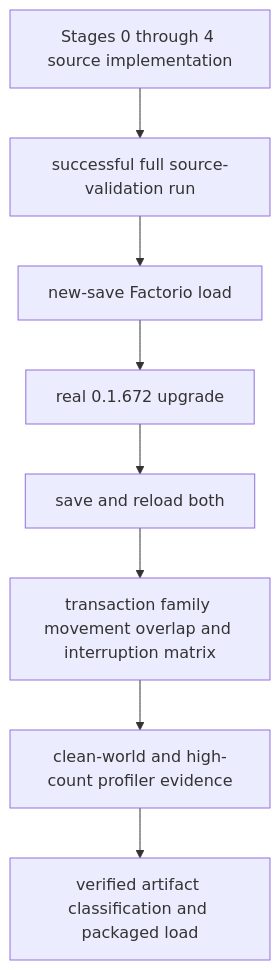
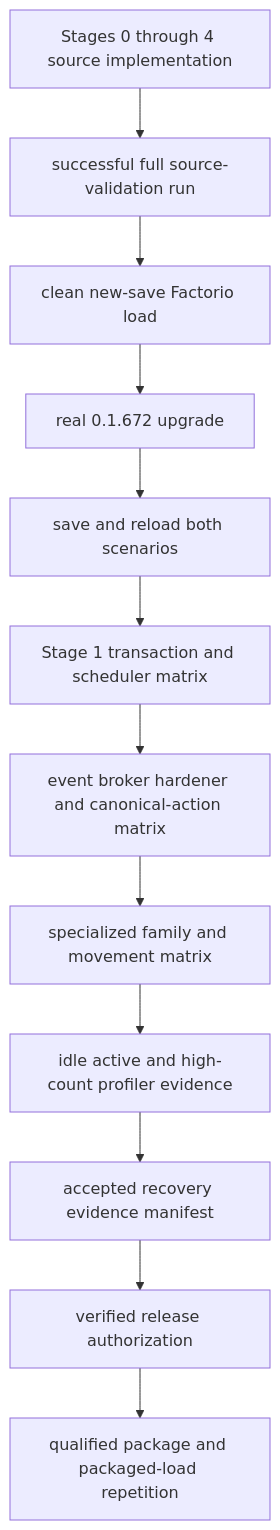
Diagram 14 of 15 in docs/RECOVERY_AUTHORITY_MAP_CURRENT.md (mrcalzon02/Tech-Priests), drawn with Mermaid before and after one commit. The commit also changed other lines of this file, not shown here.

Commit message:
Align current recovery authority map

````diff
--- a/docs/RECOVERY_AUTHORITY_MAP_CURRENT.md
+++ b/docs/RECOVERY_AUTHORITY_MAP_CURRENT.md
@@ -348,13 +369,17 @@
 ```mermaid
 flowchart TD
     Source[Stages 0 through 4 source implementation]
     CI[successful full source-validation run]
-    Load[new-save Factorio load]
-    Migration[real 0.1.672 upgrade]
-    Reload[save and reload both]
-    Behavior[transaction family movement overlap and interruption matrix]
-    Profile[clean-world and high-count profiler evidence]
-    Artifact[verified artifact classification and packaged load]
+    Load[clean new-save Factorio load]
+    Upgrade[real 0.1.672 upgrade]
+    Reload[save and reload both scenarios]
+    Stage1[Stage 1 transaction and scheduler matrix]
+    Spine[event broker hardener and canonical-action matrix]
+    Families[specialized family and movement matrix]
+    Profile[idle active and high-count profiler evidence]
+    Evidence[accepted recovery evidence manifest]
+    Authorization[verified release authorization]
+    Package[qualified package and packaged-load repetition]
 
-    Source --> CI --> Load --> Migration --> Reload --> Behavior --> Profile --> Artifact
+    Source --> CI --> Load --> Upgrade --> Reload --> Stage1 --> Spine --> Families --> Profile --> Evidence --> Authorization --> Package
 ```
````
